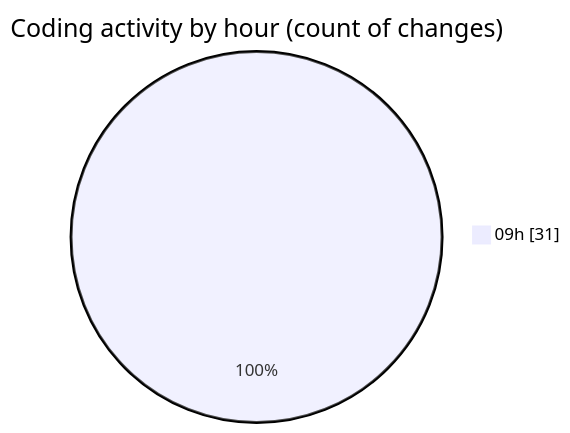
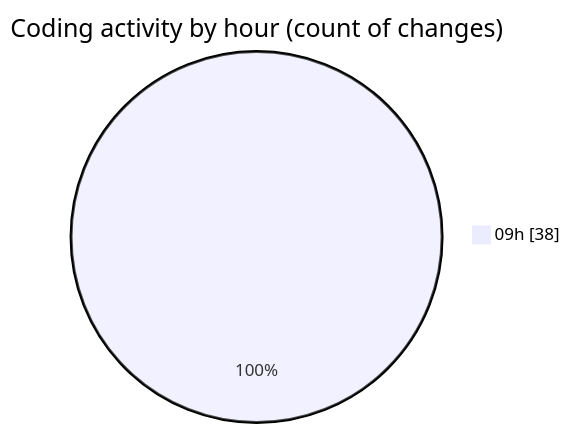
One commit to momahboobian/code-tracking changed the second of 2 diagrams in 2026-07-27/cda/README.md. Above: the diagram before and after it, drawn with Mermaid. The commit also changed other lines of this file and 1 other file, not shown here.

````diff
--- a/2026-07-27/cda/README.md
+++ b/2026-07-27/cda/README.md
@@ -37,5 +38,5 @@
 ```mermaid
 pie showData
 title Coding activity by hour (count of changes)
-"09h" : 31
+"09h" : 38
 ```
````
